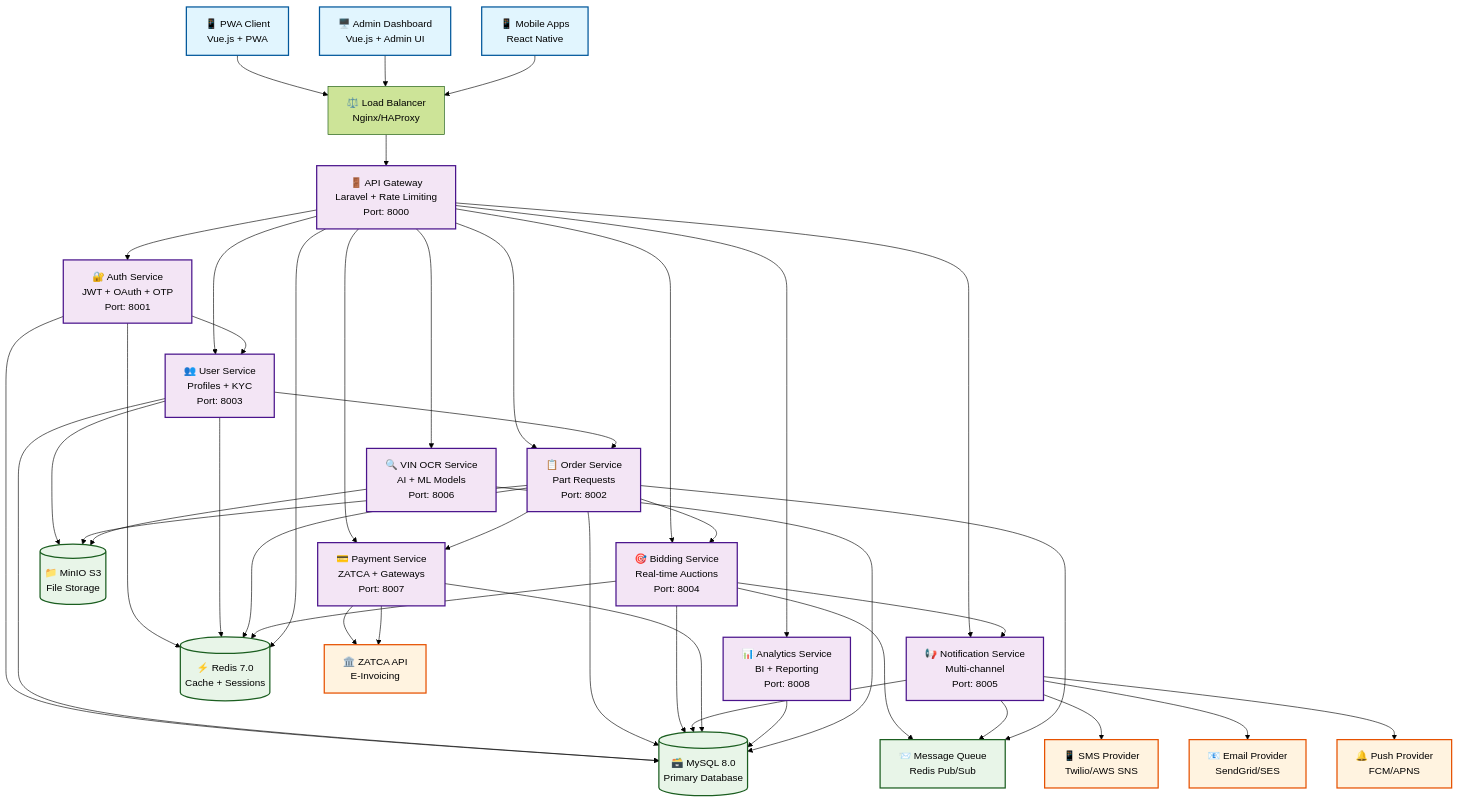
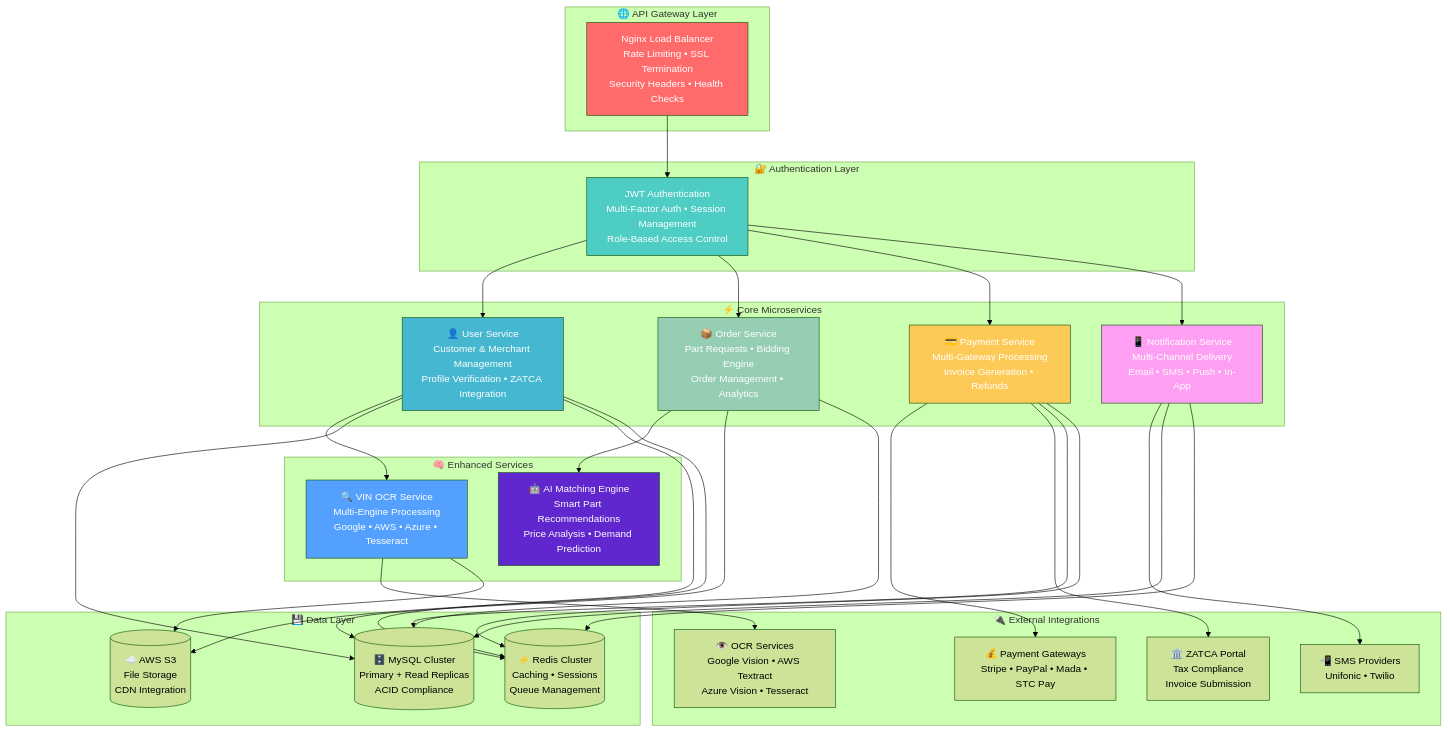
One commit to abdoElHodaky/larvrevrstender changed the second of 11 diagrams in README.md. Above: the diagram before and after it, drawn with Mermaid (forest theme). The commit also changed other lines of this file, not shown here.

````diff
--- a/README.md
+++ b/README.md
@@ -49,105 +57,70 @@
 ```mermaid
 graph TB
-    %% External Clients
-    PWA[📱 PWA Client<br/>Vue.js + PWA]
-    ADMIN[🖥️ Admin Dashboard<br/>Vue.js + Admin UI]
-    MOBILE[📱 Mobile Apps<br/>React Native]
+    subgraph "🌐 API Gateway Layer"
+        GW[Nginx Load Balancer<br/>Rate Limiting • SSL Termination<br/>Security Headers • Health Checks]
+    end
     
-    %% Load Balancer & Gateway
-    LB[⚖️ Load Balancer<br/>Nginx/HAProxy]
-    GATEWAY[🚪 API Gateway<br/>Laravel + Rate Limiting<br/>Port: 8000]
+    subgraph "🔐 Authentication Layer"
+        AUTH[JWT Authentication<br/>Multi-Factor Auth • Session Management<br/>Role-Based Access Control]
+    end
     
-    %% Core Services
-    AUTH[🔐 Auth Service<br/>JWT + OAuth + OTP<br/>Port: 8001]
-    USER[👥 User Service<br/>Profiles + KYC<br/>Port: 8003]
-    ORDER[📋 Order Service<br/>Part Requests<br/>Port: 8002]
-    BIDDING[🎯 Bidding Service<br/>Real-time Auctions<br/>Port: 8004]
-    NOTIFICATION[📢 Notification Service<br/>Multi-channel<br/>Port: 8005]
-    PAYMENT[💳 Payment Service<br/>ZATCA + Gateways<br/>Port: 8007]
-    ANALYTICS[📊 Analytics Service<br/>BI + Reporting<br/>Port: 8008]
-    VIN_OCR[🔍 VIN OCR Service<br/>AI + ML Models<br/>Port: 8006]
+    subgraph "⚡ Core Microservices"
+        US[👤 User Service<br/>Customer & Merchant Management<br/>Profile Verification • ZATCA Integration]
+        OS[📦 Order Service<br/>Part Requests • Bidding Engine<br/>Order Management • Analytics]
+        PS[💳 Payment Service<br/>Multi-Gateway Processing<br/>Invoice Generation • Refunds]
+        NS[📱 Notification Service<br/>Multi-Channel Delivery<br/>Email • SMS • Push • In-App]
+    end
     
-    %% Data Layer
-    MYSQL[(🗃️ MySQL 8.0<br/>Primary Database)]
-    REDIS[(⚡ Redis 7.0<br/>Cache + Sessions)]
-    MINIO[(📁 MinIO S3<br/>File Storage)]
+    subgraph "🧠 Enhanced Services"
+        VIN[🔍 VIN OCR Service<br/>Multi-Engine Processing<br/>Google • AWS • Azure • Tesseract]
+        AI[🤖 AI Matching Engine<br/>Smart Part Recommendations<br/>Price Analysis • Demand Prediction]
+    end
     
-    %% Message Queue
-    QUEUE[📨 Message Queue<br/>Redis Pub/Sub]
+    subgraph "💾 Data Layer"
+        DB[(🗄️ MySQL Cluster<br/>Primary + Read Replicas<br/>ACID Compliance)]
+        REDIS[(⚡ Redis Cluster<br/>Caching • Sessions<br/>Queue Management)]
+        S3[(☁️ AWS S3<br/>File Storage<br/>CDN Integration)]
+    end
     
-    %% External Services
-    ZATCA[🏛️ ZATCA API<br/>E-Invoicing]
-    SMS_PROVIDER[📱 SMS Provider<br/>Twilio/AWS SNS]
-    EMAIL_PROVIDER[📧 Email Provider<br/>SendGrid/SES]
-    PUSH_PROVIDER[🔔 Push Provider<br/>FCM/APNS]
+    subgraph "🔌 External Integrations"
+        PG[💰 Payment Gateways<br/>Stripe • PayPal • Mada • STC Pay]
+        ZATCA[🏛️ ZATCA Portal<br/>Tax Compliance<br/>Invoice Submission]
+        SMS[📲 SMS Providers<br/>Unifonic • Twilio]
+        OCR[👁️ OCR Services<br/>Google Vision • AWS Textract<br/>Azure Vision • Tesseract]
+    end
     
-    %% Client Connections
-    PWA --> LB
-    ADMIN --> LB
-    MOBILE --> LB
+    GW --> AUTH
+    AUTH --> US
+    AUTH --> OS
+    AUTH --> PS
+    AUTH --> NS
     
-    %% Load Balancer to Gateway
-    LB --> GATEWAY
+    US --> VIN
+    OS --> AI
+    PS --> PG
+    PS --> ZATCA
+    NS --> SMS
+    VIN --> OCR
     
-    %% Gateway to Services
-    GATEWAY --> AUTH
-    GATEWAY --> USER
-    GATEWAY --> ORDER
-    GATEWAY --> BIDDING
-    GATEWAY --> NOTIFICATION
-    GATEWAY --> PAYMENT
-    GATEWAY --> ANALYTICS
-    GATEWAY --> VIN_OCR
+    US --> DB
+    OS --> DB
+    PS --> DB
+    NS --> DB
     
-    %% Service Interconnections
-    AUTH --> USER
-    USER --> ORDER
-    ORDER --> BIDDING
-    BIDDING --> NOTIFICATION
-    ORDER --> PAYMENT
-    PAYMENT --> ZATCA
+    US --> REDIS
+    OS --> REDIS
+    PS --> REDIS
+    NS --> REDIS
     
-    %% Data Layer Connections
-    AUTH --> MYSQL
-    USER --> MYSQL
-    ORDER --> MYSQL
-    BIDDING --> MYSQL
-    NOTIFICATION --> MYSQL
-    PAYMENT --> MYSQL
-    ANALYTICS --> MYSQL
-    VIN_OCR --> MYSQL
+    US --> S3
+    VIN --> S3
     
-    %% Cache Connections
-    AUTH --> REDIS
-    USER --> REDIS
-    ORDER --> REDIS
-    BIDDING --> REDIS
-    GATEWAY --> REDIS
-    
-    %% File Storage
-    USER --> MINIO
-    ORDER --> MINIO
-    VIN_OCR --> MINIO
-    
-    %% Message Queue
-    BIDDING --> QUEUE
-    NOTIFICATION --> QUEUE
-    ORDER --> QUEUE
-    
-    %% External Service Connections
-    NOTIFICATION --> SMS_PROVIDER
-    NOTIFICATION --> EMAIL_PROVIDER
-    NOTIFICATION --> PUSH_PROVIDER
-    PAYMENT --> ZATCA
-    
-    %% Styling
-    classDef clientStyle fill:#e1f5fe,stroke:#01579b,stroke-width:2px
-    classDef serviceStyle fill:#f3e5f5,stroke:#4a148c,stroke-width:2px
-    classDef dataStyle fill:#e8f5e8,stroke:#1b5e20,stroke-width:2px
-    classDef externalStyle fill:#fff3e0,stroke:#e65100,stroke-width:2px
-    
-    class PWA,ADMIN,MOBILE clientStyle
-    class AUTH,USER,ORDER,BIDDING,NOTIFICATION,PAYMENT,ANALYTICS,VIN_OCR,GATEWAY serviceStyle
-    class MYSQL,REDIS,MINIO,QUEUE dataStyle
-    class ZATCA,SMS_PROVIDER,EMAIL_PROVIDER,PUSH_PROVIDER externalStyle
+    style GW fill:#ff6b6b,color:#fff
+    style AUTH fill:#4ecdc4,color:#fff
+    style US fill:#45b7d1,color:#fff
+    style OS fill:#96ceb4,color:#fff
+    style PS fill:#feca57,color:#fff
+    style NS fill:#ff9ff3,color:#fff
+    style VIN fill:#54a0ff,color:#fff
+    style AI fill:#5f27cd,color:#fff
 ```
````
